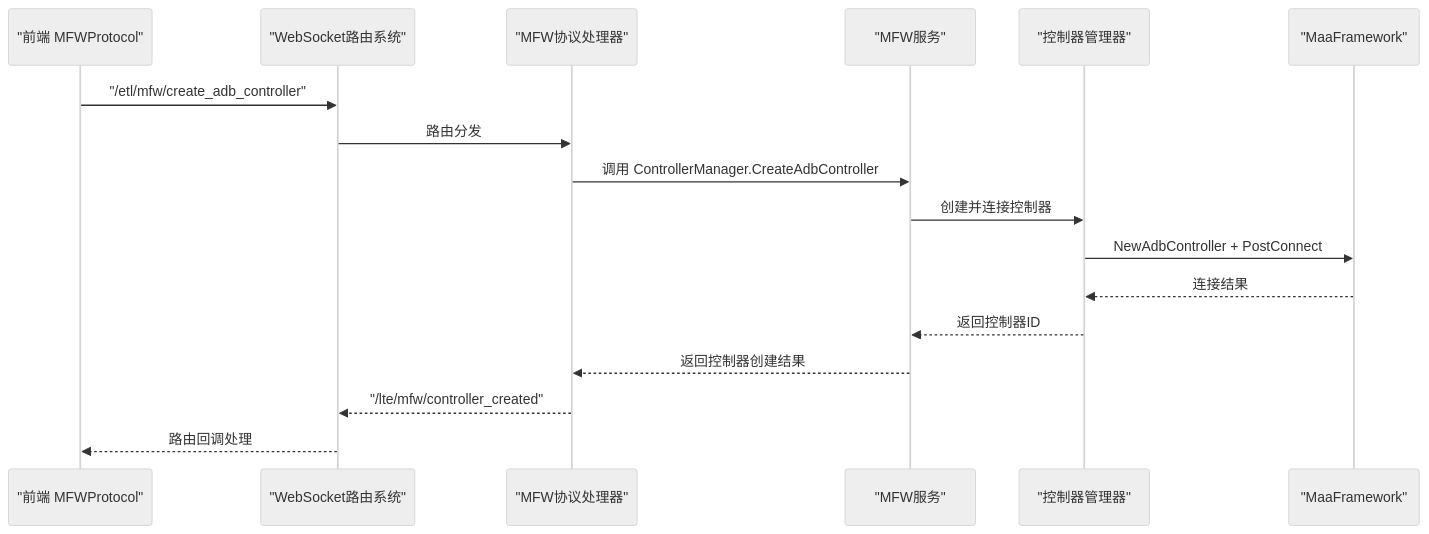
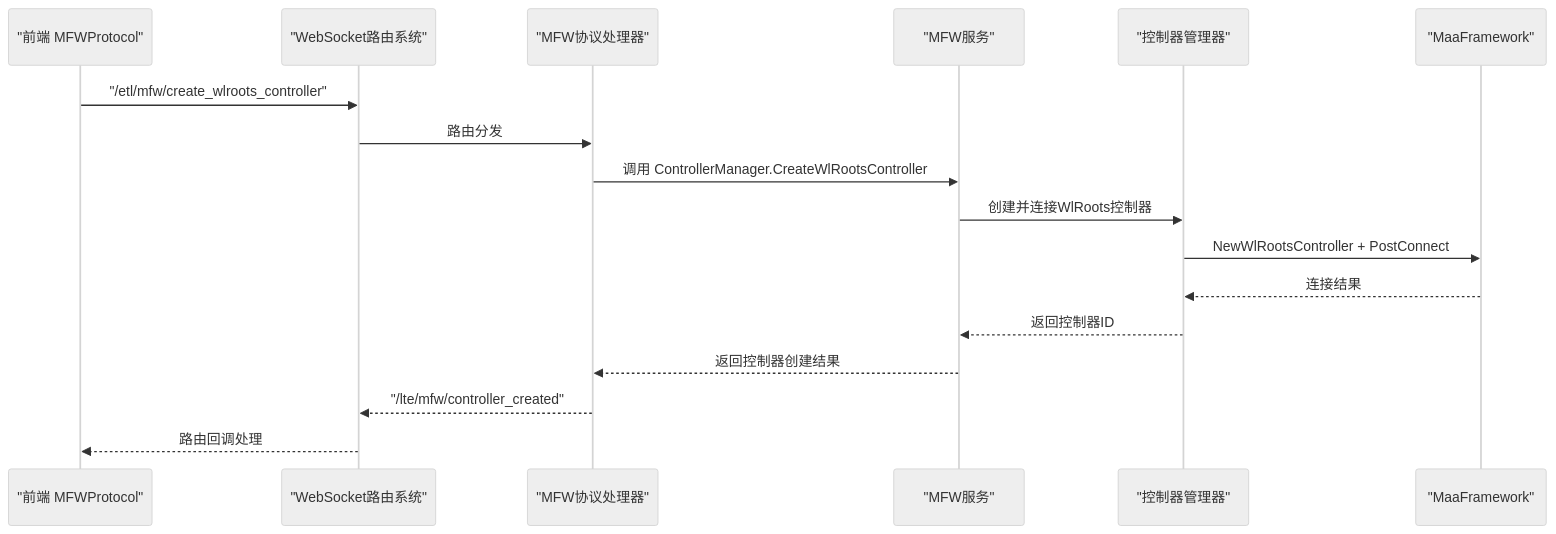
Before and after one commit to kqcoxn/MaaPipelineEditor: the second of 12 diagrams in .qoder/repowiki/zh/content/核心概念/通信协议/MFW协议.md, drawn with Mermaid (neutral theme). The commit also changed other lines of this file and 17 other files, not shown here.

````diff
--- a/.qoder/repowiki/zh/content/核心概念/通信协议/MFW协议.md
+++ b/.qoder/repowiki/zh/content/核心概念/通信协议/MFW协议.md
@@ -140,19 +140,19 @@
 ```mermaid
 sequenceDiagram
 participant FE as "前端 MFWProtocol"
 participant WS as "WebSocket路由系统"
 participant Proto as "MFW协议处理器"
 participant Svc as "MFW服务"
 participant Ctl as "控制器管理器"
 participant FW as "MaaFramework"
-FE->>WS : "/etl/mfw/create_adb_controller"
+FE->>WS : "/etl/mfw/create_wlroots_controller"
 WS->>Proto : 路由分发
-Proto->>Svc : 调用 ControllerManager.CreateAdbController
-Svc->>Ctl : 创建并连接控制器
-Ctl->>FW : NewAdbController + PostConnect
+Proto->>Svc : 调用 ControllerManager.CreateWlRootsController
+Svc->>Ctl : 创建并连接WlRoots控制器
+Ctl->>FW : NewWlRootsController + PostConnect
 FW-->>Ctl : 连接结果
 Ctl-->>Svc : 返回控制器ID
 Svc-->>Proto : 返回控制器创建结果
 Proto-->>WS : "/lte/mfw/controller_created"
 WS-->>FE : 路由回调处理
 ```
````
